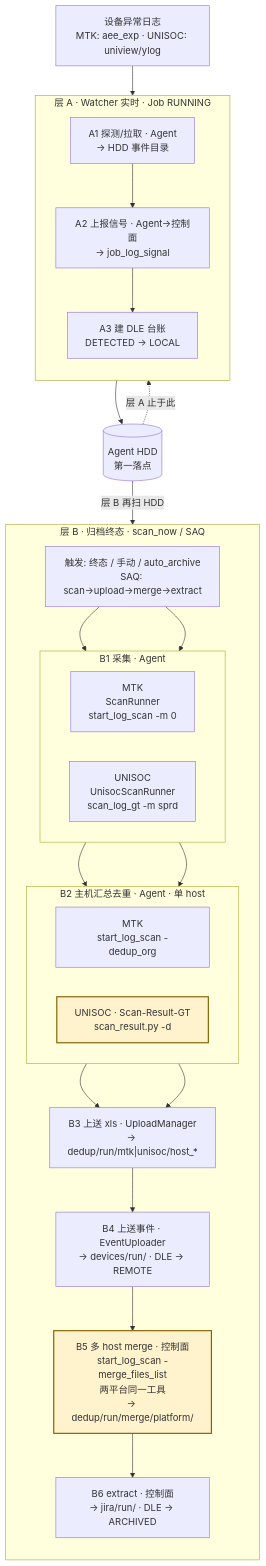
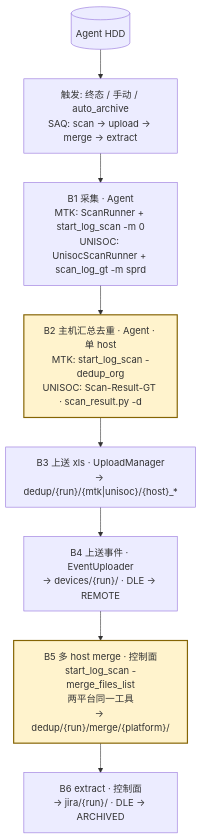
Before and after one commit to DUElost/stability-test-platform: the third of 3 diagrams in docs/design/2026-log-chain-global-semantics.md, drawn with Mermaid. The commit also changed other lines of this file, not shown here.

Commit message:
docs: 理顺日志链 §2.D Mermaid 为直链三图
拆总览/层A/层B；取消扇出汇合与虚线回流；平台分叉写入节点内文。

````diff
--- a/docs/design/2026-log-chain-global-semantics.md
+++ b/docs/design/2026-log-chain-global-semantics.md
@@ -91,49 +120,21 @@
 ```mermaid
 flowchart TB
-  device["设备异常日志<br/>MTK: aee_exp · UNISOC: uniview/ylog"]
+  H[(Agent HDD)]
+  T["触发: 终态 / 手动 / auto_archive<br/>SAQ: scan → upload → merge → extract"]
 
-  subgraph layerA["层 A · Watcher 实时 · Job RUNNING"]
-    direction TB
-    A1["A1 探测/拉取 · Agent<br/>→ HDD 事件目录"]
-    A2["A2 上报信号 · Agent→控制面<br/>→ job_log_signal"]
-    A3["A3 建 DLE 台账<br/>DETECTED → LOCAL"]
-    A1 --> A2 --> A3
-  end
+  B1["B1 采集 · Agent<br/>MTK: ScanRunner + start_log_scan -m 0<br/>UNISOC: UnisocScanRunner + scan_log_gt -m sprd"]
 
-  hdd[("Agent HDD<br/>第一落点")]
+  B2["B2 主机汇总去重 · Agent · 单 host<br/>MTK: start_log_scan -dedup_org<br/>UNISOC: Scan-Result-GT · scan_result.py -d"]
 
-  subgraph layerB["层 B · 归档终态 · scan_now / SAQ"]
-    direction TB
-    Btrig["触发: 终态 / 手动 / auto_archive<br/>SAQ: scan→upload→merge→extract"]
+  B3["B3 上送 xls · UploadManager<br/>→ dedup/{run}/{mtk|unisoc}/{host}_*"]
+  B4["B4 上送事件 · EventUploader<br/>→ devices/{run}/ · DLE → REMOTE"]
 
-    subgraph B1fork["B1 采集 · Agent"]
-      direction LR
-      B1m["MTK<br/>ScanRunner<br/>start_log_scan -m 0"]
-      B1u["UNISOC<br/>UnisocScanRunner<br/>scan_log_gt -m sprd"]
-    end
+  B5["B5 多 host merge · 控制面<br/>start_log_scan -merge_files_list<br/>两平台同一工具<br/>→ dedup/{run}/merge/{platform}/"]
 
-    subgraph B2fork["B2 主机汇总去重 · Agent · 单 host"]
-      direction LR
-      B2m["MTK<br/>start_log_scan -dedup_org"]
-      B2u["UNISOC · Scan-Result-GT<br/>scan_result.py -d"]
-    end
+  B6["B6 extract · 控制面<br/>→ jira/{run}/ · DLE → ARCHIVED"]
 
-    B3["B3 上送 xls · UploadManager<br/>→ dedup/run/mtk|unisoc/host_*"]
-    B4["B4 上送事件 · EventUploader<br/>→ devices/run/ · DLE → REMOTE"]
-    B5["B5 多 host merge · 控制面<br/>start_log_scan -merge_files_list<br/>两平台同一工具<br/>→ dedup/run/merge/platform/"]
-    B6["B6 extract · 控制面<br/>→ jira/run/ · DLE → ARCHIVED"]
-
-    Btrig --> B1m & B1u
-    B1m --> B2m
-    B1u --> B2u
-    B2m & B2u --> B3 --> B4 --> B5 --> B6
-  end
-
-  device --> A1
-  A1 --> hdd
-  hdd -.->|"层 A 止于此"| A3
-  hdd -->|"层 B 再扫 HDD"| Btrig
+  H --> T --> B1 --> B2 --> B3 --> B4 --> B5 --> B6
 
   classDef confuse fill:#fff3cd,stroke:#856404,stroke-width:2px
-  class B2u,B5 confuse
+  class B2,B5 confuse
 ```
````
